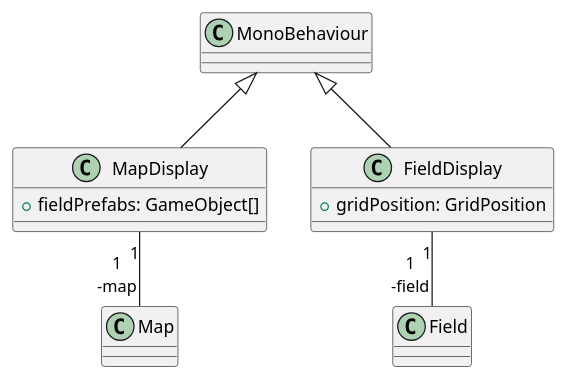
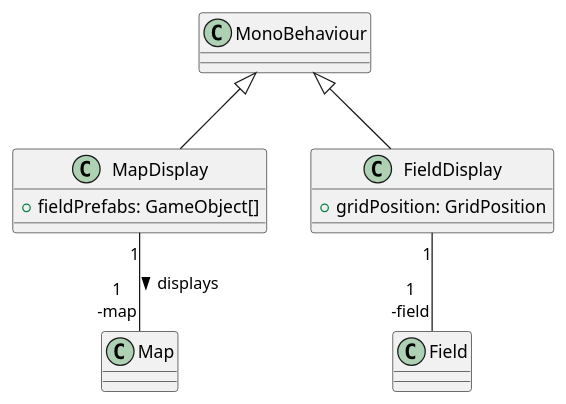
One commit to Peter-Balint/SafariGame changed the diagram in view/map.plantuml. Above: the diagram before and after it, drawn with PlantUML. The commit also changed 7 other files, not shown here.

```diff
--- a/view/map.plantuml
+++ b/view/map.plantuml
@@ -1,18 +1,18 @@
 @startuml
 class MapDisplay{
     +fieldPrefabs: GameObject[]
 }
 
 class FieldDisplay{
     +gridPosition: GridPosition
 }
 
 MonoBehaviour <|-- FieldDisplay
 
 FieldDisplay "1" -- "1\n-field" Field
 
 MonoBehaviour <|-- MapDisplay
 
-MapDisplay "1" -- "1\n-map" Map
+MapDisplay "1" -- "1\n-map" Map: displays >
 
 @enduml
```
